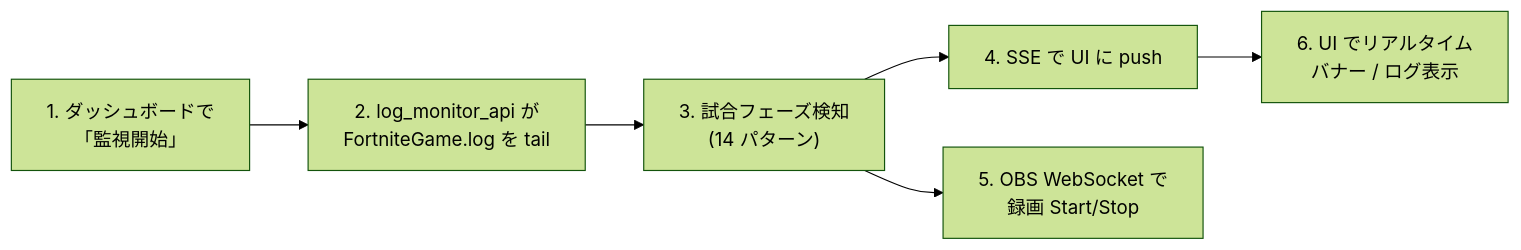
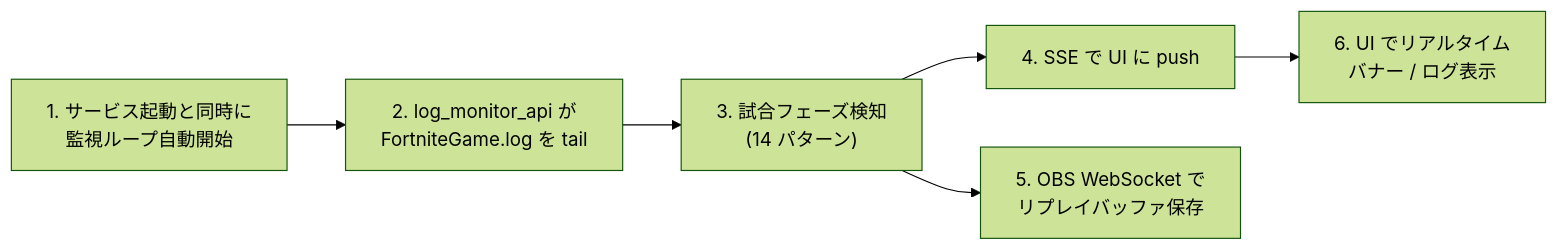
One commit to Kumapapa2012/Fortnite-Replay-Utility-Suite changed the fourth of 6 diagrams in docs/01_overview.md. Above: the diagram before and after it, drawn with Mermaid (forest theme). The commit also changed other lines of this file and 4 other files, not shown here.

````diff
--- a/docs/01_overview.md
+++ b/docs/01_overview.md
@@ -183,8 +183,8 @@
 ```mermaid
 flowchart LR
-    A["1. ダッシュボードで<br/>「監視開始」"] --> B["2. log_monitor_api が<br/>FortniteGame.log を tail"]
+    A["1. サービス起動と同時に<br/>監視ループ自動開始"] --> B["2. log_monitor_api が<br/>FortniteGame.log を tail"]
     B --> C["3. 試合フェーズ検知<br/>(14 パターン)"]
     C --> D["4. SSE で UI に push"]
-    C --> E["5. OBS WebSocket で<br/>録画 Start/Stop"]
+    C --> E["5. OBS WebSocket で<br/>リプレイバッファ保存"]
     D --> F["6. UI でリアルタイム<br/>バナー / ログ表示"]
 ```
````
